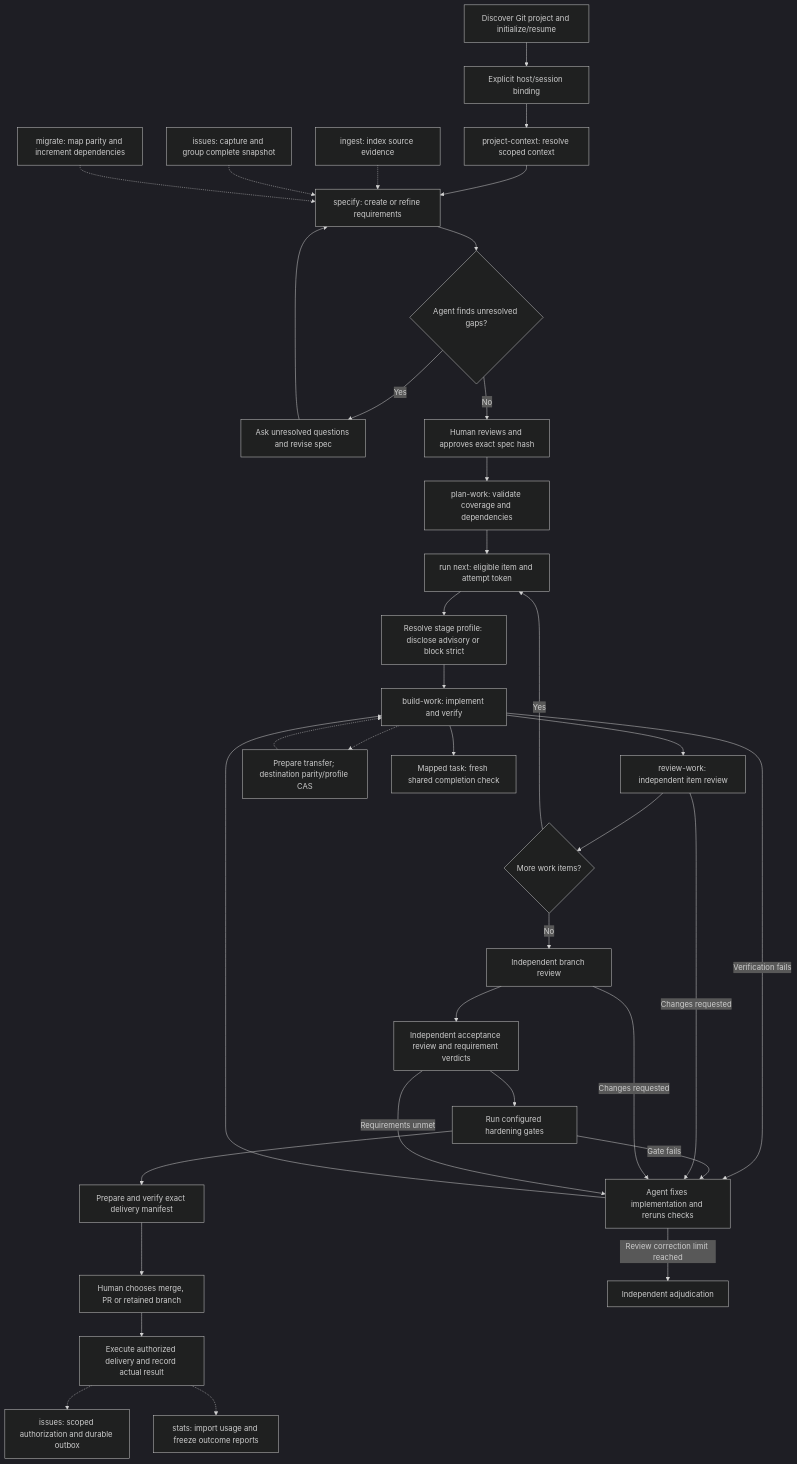
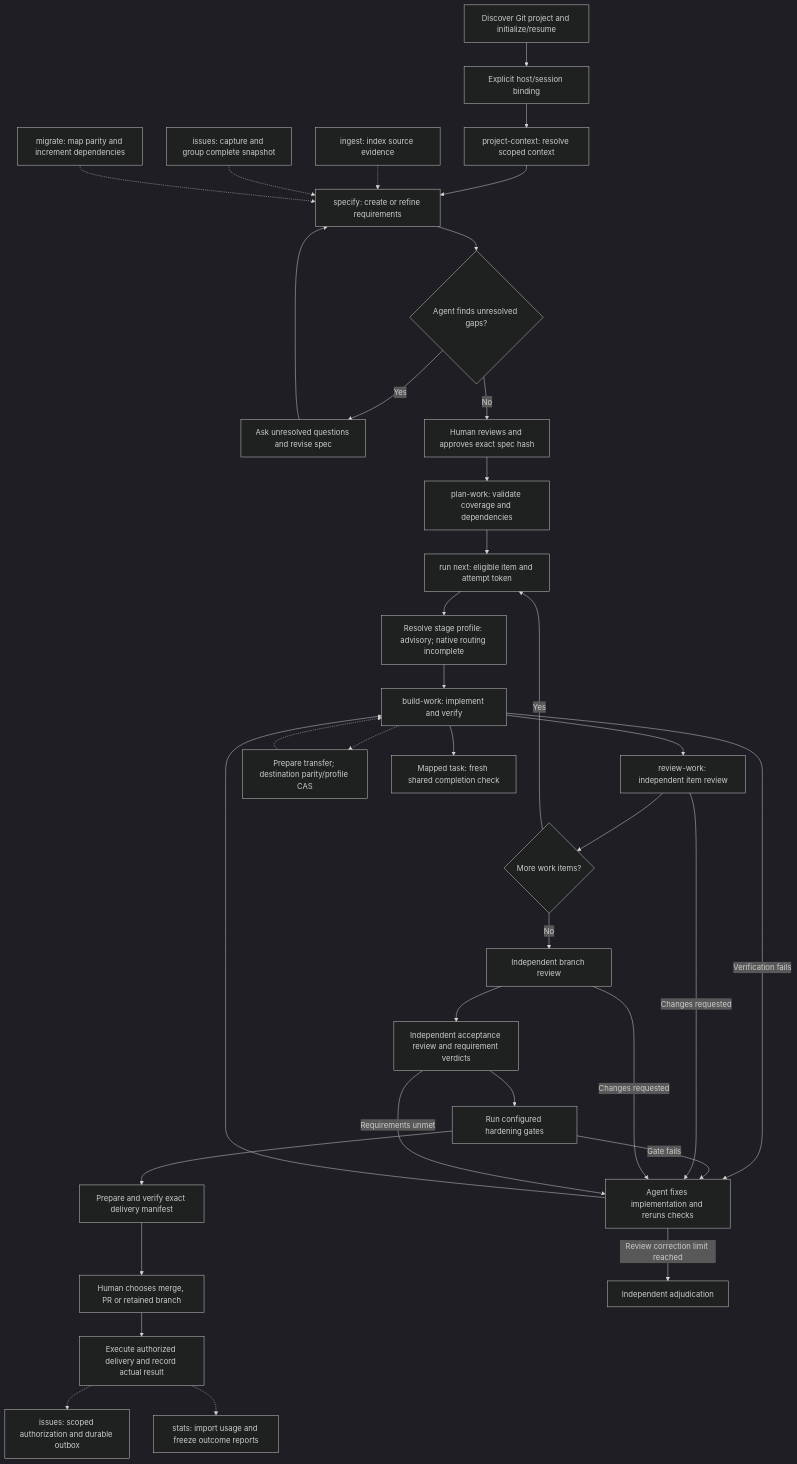
One commit to wgentil/devflow changed the diagram in skills/workflow/SKILL.md. Above: the diagram before and after it, drawn with Mermaid (dark theme). The commit also changed other lines of this file and 41 other files, not shown here.

````diff
--- a/skills/workflow/SKILL.md
+++ b/skills/workflow/SKILL.md
@@ -15,37 +15,37 @@
 ```mermaid
 flowchart TD
     Init["Discover Git project and initialize/resume"] --> Attach["Explicit host/session binding"]
     Attach --> Context["project-context: resolve scoped context"] --> Spec["specify: create or refine requirements"]
     Sources["ingest: index source evidence"] -.-> Spec
     Issues["issues: capture and group complete snapshot"] -.-> Spec
     Migration["migrate: map parity and increment dependencies"] -.-> Spec
     Spec --> Gaps{"Agent finds unresolved gaps?"}
     Gaps -->|Yes| Interview["Ask unresolved questions and revise spec"]
     Interview --> Spec
     Gaps -->|No| Approval["Human reviews and approves exact spec hash"]
     Approval --> Plan["plan-work: validate coverage and dependencies"]
     Plan --> Next["run next: eligible item and attempt token"]
-    Next --> Model["Resolve stage profile: disclose advisory or block strict"]
+    Next --> Model["Resolve stage profile: advisory; native routing incomplete"]
     Model --> Build["build-work: implement and verify"]
     Build --> Item["review-work: independent item review"]
     Item --> More{"More work items?"}
     More -->|Yes| Next
     More -->|No| Branch["Independent branch review"]
     Branch --> Accept["Independent acceptance review and requirement verdicts"]
     Accept --> Harden["Run configured hardening gates"]
     Harden --> Manifest["Prepare and verify exact delivery manifest"]
     Manifest --> Choice["Human chooses merge, PR or retained branch"]
     Choice --> Delivered["Execute authorized delivery and record actual result"]
     Delivered -.-> Reconcile["issues: scoped authorization and durable outbox"]
     Delivered -.-> Stats["stats: import usage and freeze outcome reports"]
     Build -->|Verification fails| Fix["Agent fixes implementation and reruns checks"]
     Harden -->|Gate fails| Fix
     Item -->|Changes requested| Fix
     Branch -->|Changes requested| Fix
     Accept -->|Requirements unmet| Fix
     Fix --> Build
     Build -.-> Handoff["Prepare transfer; destination parity/profile CAS"]
     Handoff -.-> Build
     Build --> Complete["Mapped task: fresh shared completion check"]
     Fix -->|Review correction limit reached| Adjudicate["Independent adjudication"]
 ```
````
